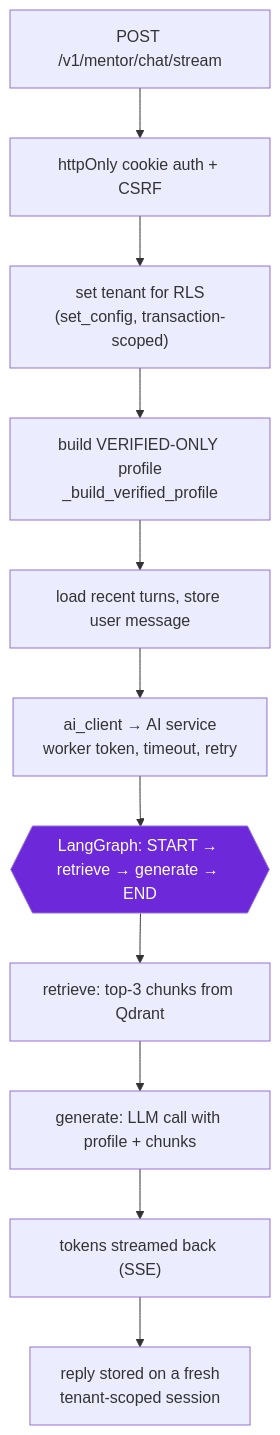
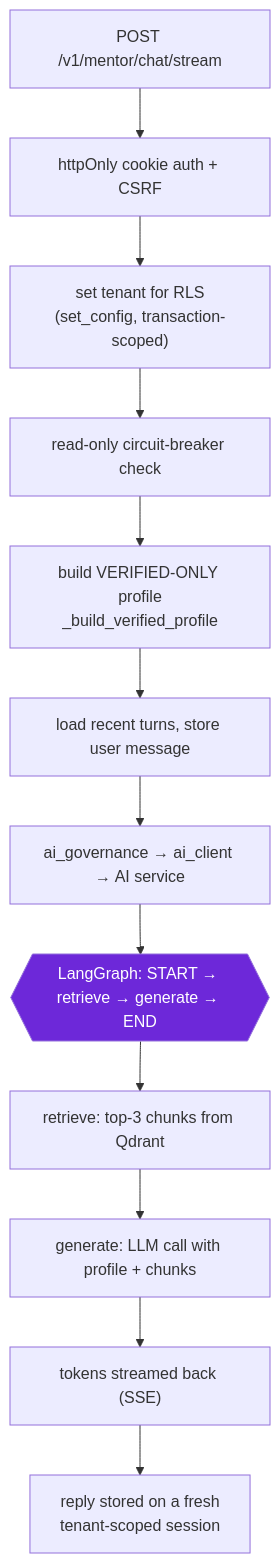
The second of 3 diagrams in README.md (Vishal-AI-ML-Dev/campus-ai), drawn with Mermaid before and after one commit. The commit also changed other lines of this file and 4 other files, not shown here.

````diff
--- a/README.md
+++ b/README.md
@@ -129,14 +151,15 @@
 ```mermaid
 flowchart TD
     Q["POST /v1/mentor/chat/stream"] --> AUTH["httpOnly cookie auth + CSRF"]
     AUTH --> TEN["set tenant for RLS<br/>(set_config, transaction-scoped)"]
-    TEN --> PROF["build VERIFIED-ONLY profile<br/>_build_verified_profile"]
+    TEN --> BRK["read-only circuit-breaker check"]
+    BRK --> PROF["build VERIFIED-ONLY profile<br/>_build_verified_profile"]
     PROF --> HIST["load recent turns, store user message"]
-    HIST --> CALL["ai_client → AI service<br/>worker token, timeout, retry"]
-    CALL --> G{{"LangGraph: START → retrieve → generate → END"}}
+    HIST --> GOV["ai_governance → ai_client → AI service"]
+    GOV --> G{{"LangGraph: START → retrieve → generate → END"}}
     G --> R["retrieve: top-3 chunks from Qdrant"]
     R --> GEN["generate: LLM call with profile + chunks"]
     GEN --> SSE["tokens streamed back (SSE)"]
     SSE --> SAVE["reply stored on a fresh<br/>tenant-scoped session"]
     style G fill:#6D28D9,color:#fff
 ```
````
